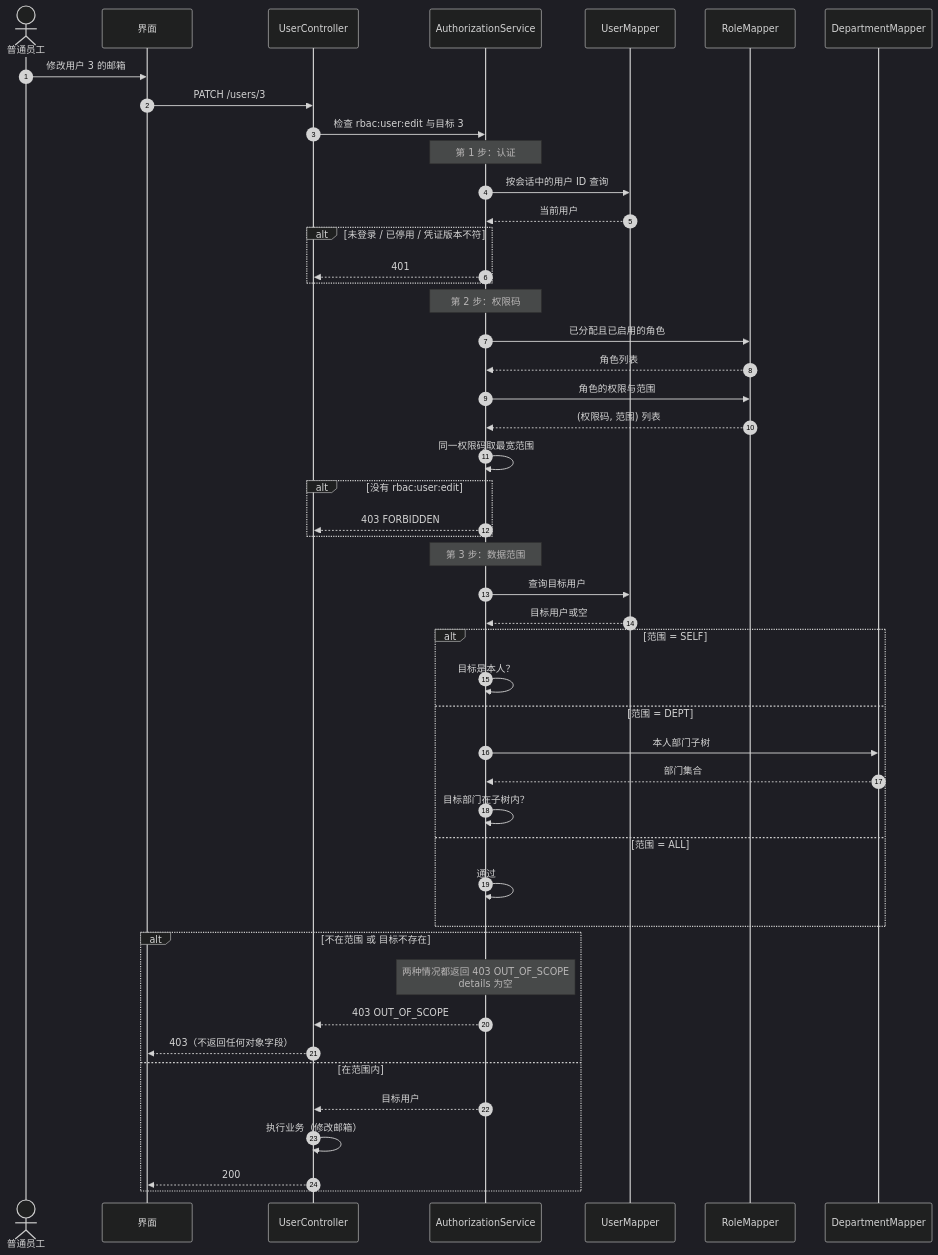
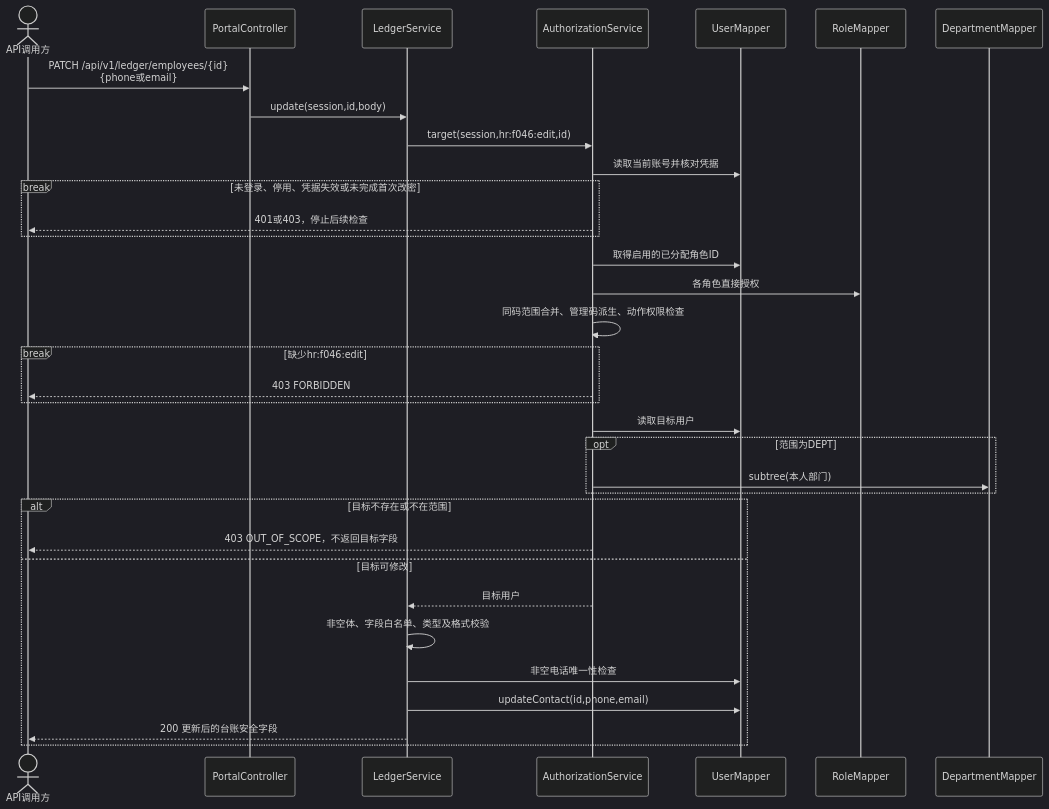
The third of 6 diagrams in docs/uml/sequence-diagrams.md (wenjiu-leng66/OO-d), drawn with Mermaid (dark theme) before and after one commit. The commit also changed other lines of this file and 41 other files, not shown here.

````diff
--- a/docs/uml/sequence-diagrams.md
+++ b/docs/uml/sequence-diagrams.md
@@ -115,55 +91,36 @@
 ```mermaid
 sequenceDiagram
-  autonumber
-  actor U as 普通员工
-  participant B as 界面
-  participant C as UserController
+  actor U as API调用方
+  participant C as PortalController
+  participant L as LedgerService
   participant A as AuthorizationService
   participant M as UserMapper
   participant R as RoleMapper
   participant D as DepartmentMapper
-
-  U->>B: 修改用户 3 的邮箱
-  B->>C: PATCH /users/3
-  C->>A: 检查 rbac:user:edit 与目标 3
-
-  Note over A: 第 1 步：认证
-  A->>M: 按会话中的用户 ID 查询
-  M-->>A: 当前用户
-  alt 未登录 / 已停用 / 凭证版本不符
-    A-->>C: 401
+  U->>C: PATCH /api/v1/ledger/employees/{id}<br/>{phone或email}
+  C->>L: update(session,id,body)
+  L->>A: target(session,hr:f046:edit,id)
+  A->>M: 读取当前账号并核对凭据
+  break 未登录、停用、凭据失效或未完成首次改密
+    A-->>U: 401或403，停止后续检查
   end
-
-  Note over A: 第 2 步：权限码
-  A->>R: 已分配且已启用的角色
-  R-->>A: 角色列表
-  A->>R: 角色的权限与范围
-  R-->>A: (权限码, 范围) 列表
-  A->>A: 同一权限码取最宽范围
-  alt 没有 rbac:user:edit
-    A-->>C: 403 FORBIDDEN
+  A->>M: 取得启用的已分配角色ID
+  A->>R: 各角色直接授权
+  A->>A: 同码范围合并、管理码派生、动作权限检查
+  break 缺少hr:f046:edit
+    A-->>U: 403 FORBIDDEN
   end
-
-  Note over A: 第 3 步：数据范围
-  A->>M: 查询目标用户
-  M-->>A: 目标用户或空
-  alt 范围 = SELF
-    A->>A: 目标是本人？
-  else 范围 = DEPT
-    A->>D: 本人部门子树
-    D-->>A: 部门集合
-    A->>A: 目标部门在子树内？
-  else 范围 = ALL
-    A->>A: 通过
+  A->>M: 读取目标用户
+  opt 范围为DEPT
+    A->>D: subtree(本人部门)
   end
-
-  alt 不在范围 或 目标不存在
-    Note over A: 两种情况都返回 403 OUT_OF_SCOPE<br/>details 为空
-    A-->>C: 403 OUT_OF_SCOPE
-    C-->>B: 403（不返回任何对象字段）
-  else 在范围内
-    A-->>C: 目标用户
-    C->>C: 执行业务（修改邮箱）
-    C-->>B: 200
+  alt 目标不存在或不在范围
+    A-->>U: 403 OUT_OF_SCOPE，不返回目标字段
+  else 目标可修改
+    A-->>L: 目标用户
+    L->>L: 非空体、字段白名单、类型及格式校验
+    L->>M: 非空电话唯一性检查
+    L->>M: updateContact(id,phone,email)
+    L-->>U: 200 更新后的台账安全字段
   end
 ```
````
